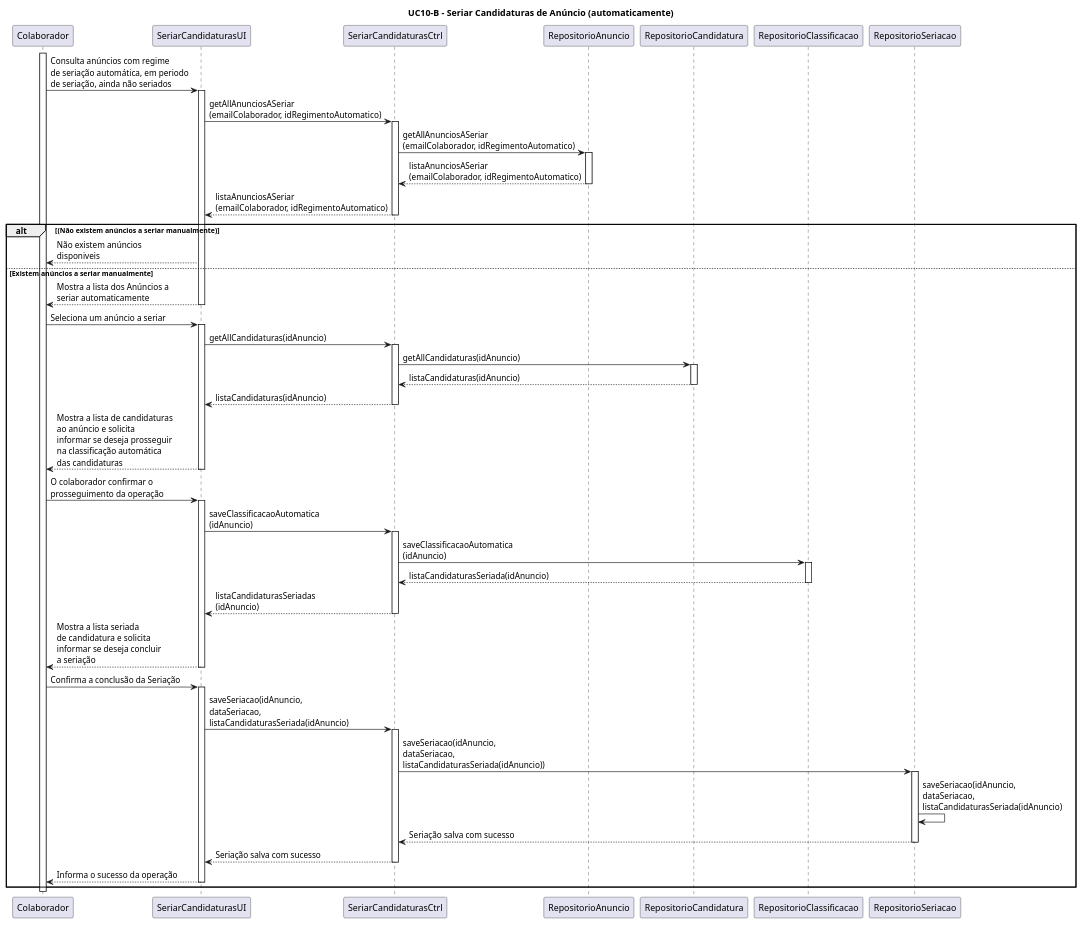
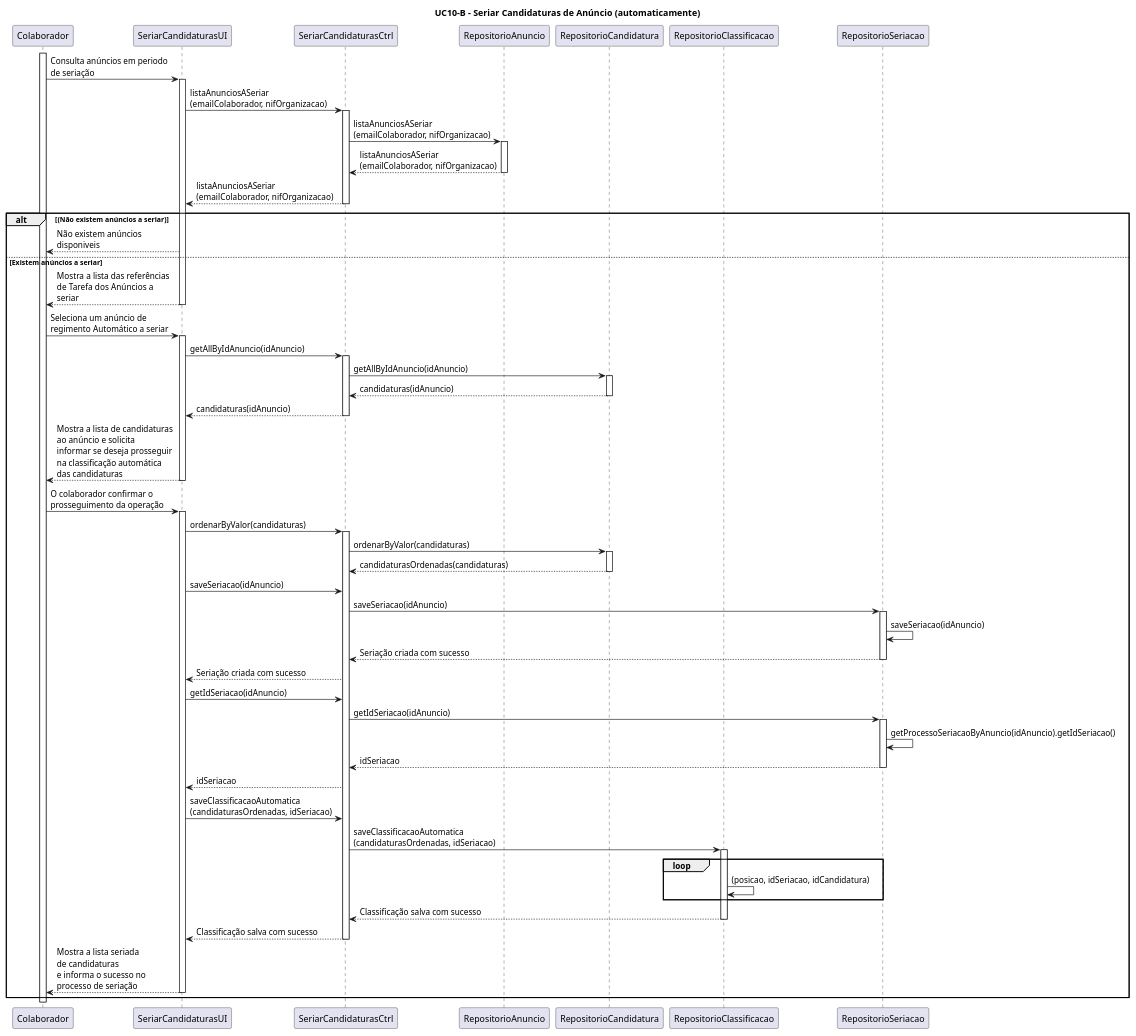
The diagram in Documentação/Sprint 3/UC10_B_Seriar_Candidaturas_(automaticamente)/UC10_B_Seriar_Candidaturas_(automaticamente)_Diagrama_Sequencia.puml (blestonbandeiraUPSKILL/upskill_java1_labprg_grupo2), drawn with PlantUML before and after one commit. The commit also changed 1 other file, not shown here.

```diff
--- a/Documentação/Sprint 3/UC10_B_Seriar_Candidaturas_(automaticamente)/UC10_B_Seriar_Candidaturas_(automaticamente)_Diagrama_Sequencia.puml
+++ b/Documentação/Sprint 3/UC10_B_Seriar_Candidaturas_(automaticamente)/UC10_B_Seriar_Candidaturas_(automaticamente)_Diagrama_Sequencia.puml
@@ -1,76 +1,82 @@
 @startuml
 
 title UC10-B - Seriar Candidaturas de Anúncio (automaticamente)
 
 participant Colaborador
 participant SeriarCandidaturasUI
 participant SeriarCandidaturasCtrl
 participant RepositorioAnuncio
 participant RepositorioCandidatura
 participant RepositorioClassificacao
 participant RepositorioSeriacao
 
 
 activate Colaborador
-Colaborador -> SeriarCandidaturasUI: Consulta anúncios com regime \nde seriação automática, em periodo \nde seriação, ainda não seriados
+Colaborador -> SeriarCandidaturasUI: Consulta anúncios em periodo \nde seriação
 activate SeriarCandidaturasUI
-SeriarCandidaturasUI -> SeriarCandidaturasCtrl: getAllAnunciosASeriar\n(emailColaborador, idRegimentoAutomatico)
+SeriarCandidaturasUI -> SeriarCandidaturasCtrl: listaAnunciosASeriar\n(emailColaborador, nifOrganizacao)
 activate SeriarCandidaturasCtrl
-SeriarCandidaturasCtrl -> RepositorioAnuncio: getAllAnunciosASeriar\n(emailColaborador, idRegimentoAutomatico)
+SeriarCandidaturasCtrl -> RepositorioAnuncio: listaAnunciosASeriar\n(emailColaborador, nifOrganizacao)
 activate RepositorioAnuncio
-RepositorioAnuncio --> SeriarCandidaturasCtrl: listaAnunciosASeriar\n(emailColaborador, idRegimentoAutomatico)
+RepositorioAnuncio --> SeriarCandidaturasCtrl: listaAnunciosASeriar\n(emailColaborador, nifOrganizacao)
 deactivate RepositorioAnuncio
-SeriarCandidaturasCtrl --> SeriarCandidaturasUI: listaAnunciosASeriar\n(emailColaborador, idRegimentoAutomatico)
+SeriarCandidaturasCtrl --> SeriarCandidaturasUI: listaAnunciosASeriar\n(emailColaborador, nifOrganizacao)
 deactivate SeriarCandidaturasCtrl
-alt (Não existem anúncios a seriar manualmente)
+alt (Não existem anúncios a seriar)
 SeriarCandidaturasUI --> Colaborador: Não existem anúncios \ndisponiveis
 
-else Existem anúncios a seriar manualmente 
-SeriarCandidaturasUI --> Colaborador: Mostra a lista dos Anúncios a \nseriar automaticamente
+else Existem anúncios a seriar 
+SeriarCandidaturasUI --> Colaborador: Mostra a lista das referências \nde Tarefa dos Anúncios a \nseriar 
 deactivate SeriarCandidaturasUI
 
 
-Colaborador -> SeriarCandidaturasUI: Seleciona um anúncio a seriar 
+Colaborador -> SeriarCandidaturasUI: Seleciona um anúncio de \nregimento Automático a seriar 
 activate SeriarCandidaturasUI
-SeriarCandidaturasUI -> SeriarCandidaturasCtrl: getAllCandidaturas(idAnuncio)
+SeriarCandidaturasUI -> SeriarCandidaturasCtrl: getAllByIdAnuncio(idAnuncio)
 activate SeriarCandidaturasCtrl
-SeriarCandidaturasCtrl -> RepositorioCandidatura: getAllCandidaturas(idAnuncio)
+SeriarCandidaturasCtrl -> RepositorioCandidatura: getAllByIdAnuncio(idAnuncio)
 activate RepositorioCandidatura
-RepositorioCandidatura --> SeriarCandidaturasCtrl: listaCandidaturas(idAnuncio)
+RepositorioCandidatura --> SeriarCandidaturasCtrl: candidaturas(idAnuncio)
 deactivate RepositorioCandidatura
-SeriarCandidaturasCtrl --> SeriarCandidaturasUI: listaCandidaturas(idAnuncio)
+SeriarCandidaturasCtrl --> SeriarCandidaturasUI: candidaturas(idAnuncio)
 deactivate SeriarCandidaturasCtrl
 SeriarCandidaturasUI --> Colaborador: Mostra a lista de candidaturas \nao anúncio e solicita \ninformar se deseja prosseguir \nna classificação automática \ndas candidaturas
 deactivate SeriarCandidaturasUI
 
 Colaborador -> SeriarCandidaturasUI: O colaborador confirmar o \nprosseguimento da operação
 activate SeriarCandidaturasUI
-SeriarCandidaturasUI -> SeriarCandidaturasCtrl: saveClassificacaoAutomatica\n(idAnuncio)
+SeriarCandidaturasUI -> SeriarCandidaturasCtrl: ordenarByValor(candidaturas)
 activate SeriarCandidaturasCtrl
-SeriarCandidaturasCtrl -> RepositorioClassificacao: saveClassificacaoAutomatica\n(idAnuncio)
+SeriarCandidaturasCtrl -> RepositorioCandidatura: ordenarByValor(candidaturas)
+activate RepositorioCandidatura
+RepositorioCandidatura --> SeriarCandidaturasCtrl: candidaturasOrdenadas(candidaturas)
+deactivate RepositorioCandidatura
+SeriarCandidaturasUI -> SeriarCandidaturasCtrl: saveSeriacao(idAnuncio)
+SeriarCandidaturasCtrl -> RepositorioSeriacao : saveSeriacao(idAnuncio)
+activate RepositorioSeriacao
+RepositorioSeriacao -> RepositorioSeriacao: saveSeriacao(idAnuncio)
+RepositorioSeriacao --> SeriarCandidaturasCtrl: Seriação criada com sucesso
+deactivate RepositorioSeriacao
+SeriarCandidaturasCtrl --> SeriarCandidaturasUI: Seriação criada com sucesso
+SeriarCandidaturasUI -> SeriarCandidaturasCtrl: getIdSeriacao(idAnuncio)
+SeriarCandidaturasCtrl -> RepositorioSeriacao: getIdSeriacao(idAnuncio)
+activate RepositorioSeriacao
+RepositorioSeriacao -> RepositorioSeriacao: getProcessoSeriacaoByAnuncio(idAnuncio).getIdSeriacao()
+RepositorioSeriacao --> SeriarCandidaturasCtrl: idSeriacao
+deactivate RepositorioSeriacao
+SeriarCandidaturasCtrl --> SeriarCandidaturasUI: idSeriacao
+SeriarCandidaturasUI -> SeriarCandidaturasCtrl: saveClassificacaoAutomatica\n(candidaturasOrdenadas, idSeriacao)
+SeriarCandidaturasCtrl -> RepositorioClassificacao: saveClassificacaoAutomatica\n(candidaturasOrdenadas, idSeriacao)
 activate RepositorioClassificacao
-RepositorioClassificacao --> SeriarCandidaturasCtrl: listaCandidaturasSeriada(idAnuncio)
+loop
+RepositorioClassificacao -> RepositorioClassificacao: (posicao, idSeriacao, idCandidatura)
+end loop
+RepositorioClassificacao --> SeriarCandidaturasCtrl: Classificação salva com sucesso
 deactivate RepositorioClassificacao
-SeriarCandidaturasCtrl --> SeriarCandidaturasUI: listaCandidaturasSeriadas\n(idAnuncio)
+SeriarCandidaturasCtrl --> SeriarCandidaturasUI: Classificação salva com sucesso
 deactivate SeriarCandidaturasCtrl
-SeriarCandidaturasUI --> Colaborador: Mostra a lista seriada \nde candidatura e solicita \ninformar se deseja concluir \na seriação
+SeriarCandidaturasUI --> Colaborador: Mostra a lista seriada \nde candidaturas \ne informa o sucesso no \nprocesso de seriação
 deactivate SeriarCandidaturasUI
-
-Colaborador -> SeriarCandidaturasUI: Confirma a conclusão da Seriação
-activate SeriarCandidaturasUI
-SeriarCandidaturasUI -> SeriarCandidaturasCtrl: saveSeriacao(idAnuncio, \ndataSeriacao, \nlistaCandidaturasSeriada(idAnuncio)
-activate SeriarCandidaturasCtrl
-SeriarCandidaturasCtrl -> RepositorioSeriacao: saveSeriacao(idAnuncio, \ndataSeriacao, \nlistaCandidaturasSeriada(idAnuncio))
-activate RepositorioSeriacao
-RepositorioSeriacao -> RepositorioSeriacao: saveSeriacao(idAnuncio, \ndataSeriacao, \nlistaCandidaturasSeriada(idAnuncio)
-RepositorioSeriacao --> SeriarCandidaturasCtrl: Seriação salva com sucesso
-deactivate RepositorioSeriacao
-SeriarCandidaturasCtrl --> SeriarCandidaturasUI: Seriação salva com sucesso
-deactivate SeriarCandidaturasCtrl
-SeriarCandidaturasUI --> Colaborador: Informa o sucesso da operação
-deactivate SeriarCandidaturasUI
-
-
 end alt
 deactivate Colaborador
 @enduml
```
